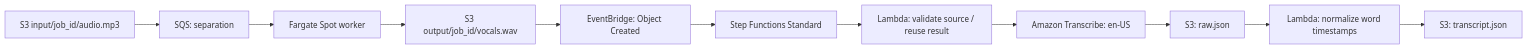
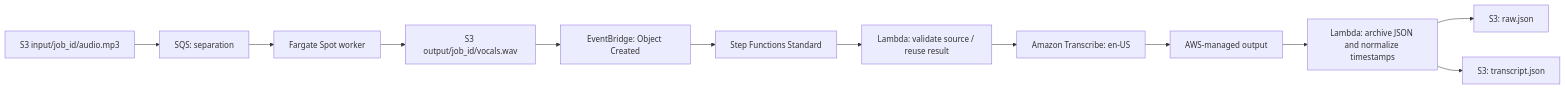
Before and after one commit to maciejpvp/LyricsPipeline: the diagram in README.md, drawn with Mermaid. The commit also changed 18 other files, not shown here.

````diff
--- a/README.md
+++ b/README.md
@@ -13,13 +13,14 @@
 ```mermaid
 flowchart LR
     Input["S3 input/job_id/audio.mp3"] --> Queue["SQS: separation"]
     Queue --> Worker["Fargate Spot worker"]
     Worker --> Vocals["S3 output/job_id/vocals.wav"]
     Vocals --> Events["EventBridge: Object Created"]
     Events --> Workflow["Step Functions Standard"]
     Workflow --> Prepare["Lambda: validate source / reuse result"]
     Prepare --> Transcribe["Amazon Transcribe: en-US"]
-    Transcribe --> Raw["S3: raw.json"]
-    Raw --> Normalize["Lambda: normalize word timestamps"]
+    Transcribe --> Managed["AWS-managed output"]
+    Managed --> Normalize["Lambda: archive JSON and normalize timestamps"]
+    Normalize --> Raw["S3: raw.json"]
     Normalize --> Transcript["S3: transcript.json"]
 ```
````
